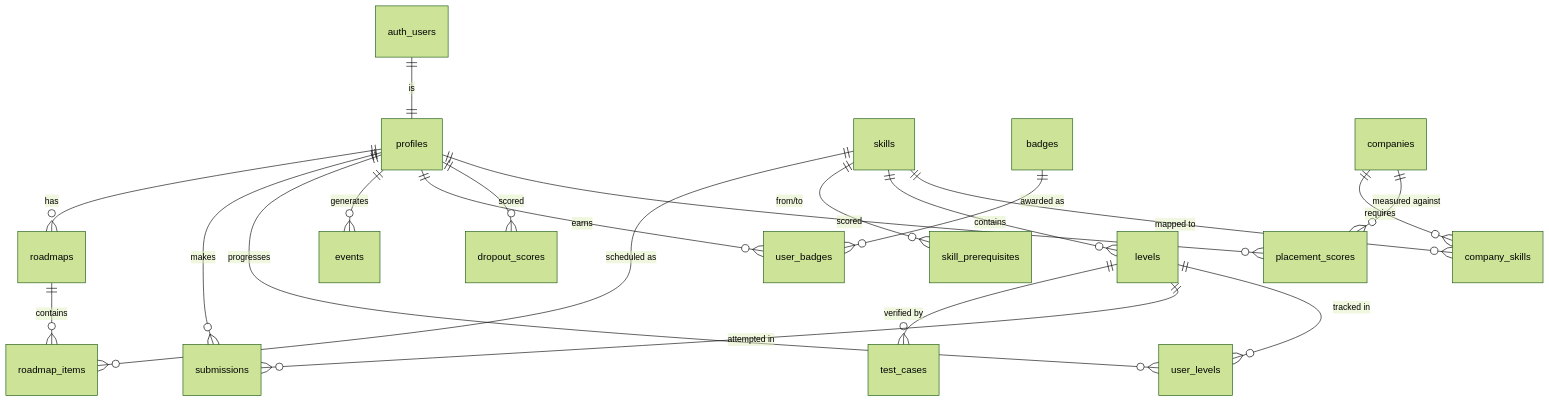
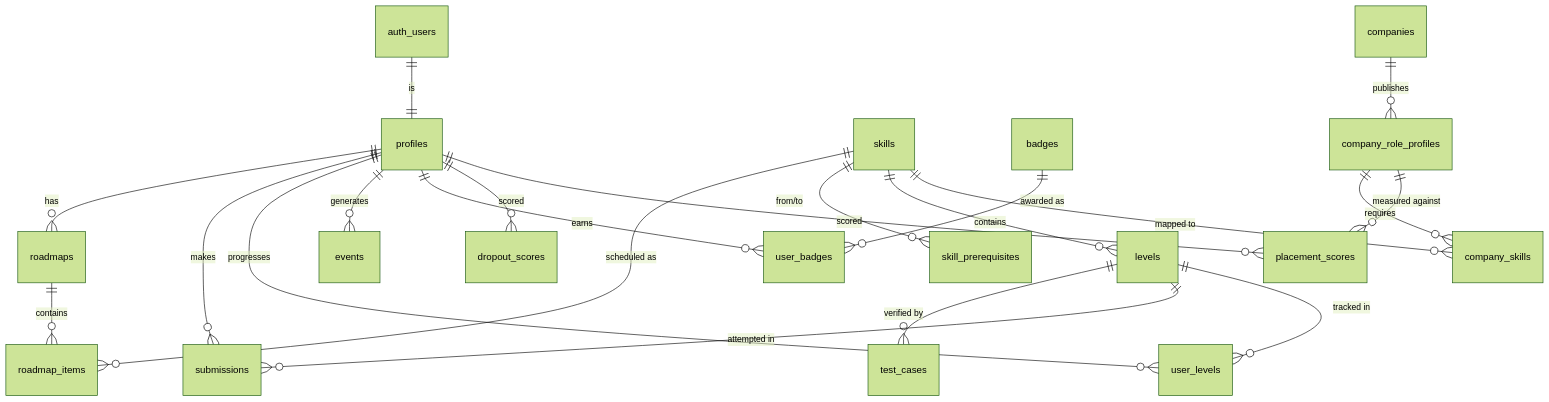
Before and after one commit to NandanDev016/SKILLQUEST-DEV: the diagram in docs/05-BACKEND-SCHEMA.md, drawn with Mermaid (forest theme). The commit also changed other lines of this file and 3 other files, not shown here.

````diff
--- a/docs/05-BACKEND-SCHEMA.md
+++ b/docs/05-BACKEND-SCHEMA.md
@@ -23,22 +23,23 @@
 ```mermaid
 erDiagram
     auth_users ||--|| profiles : "is"
     profiles ||--o{ roadmaps : has
     roadmaps ||--o{ roadmap_items : contains
     skills ||--o{ roadmap_items : "scheduled as"
     skills ||--o{ skill_prerequisites : "from/to"
     skills ||--o{ levels : contains
     levels ||--o{ test_cases : "verified by"
     profiles ||--o{ submissions : makes
     levels ||--o{ submissions : "attempted in"
     profiles ||--o{ user_levels : progresses
     levels ||--o{ user_levels : "tracked in"
     profiles ||--o{ events : generates
     profiles ||--o{ user_badges : earns
     badges ||--o{ user_badges : "awarded as"
     profiles ||--o{ dropout_scores : scored
     profiles ||--o{ placement_scores : scored
-    companies ||--o{ company_skills : requires
+    companies ||--o{ company_role_profiles : publishes
+    company_role_profiles ||--o{ company_skills : requires
     skills ||--o{ company_skills : "mapped to"
-    companies ||--o{ placement_scores : "measured against"
+    company_role_profiles ||--o{ placement_scores : "measured against"
 ```
````
